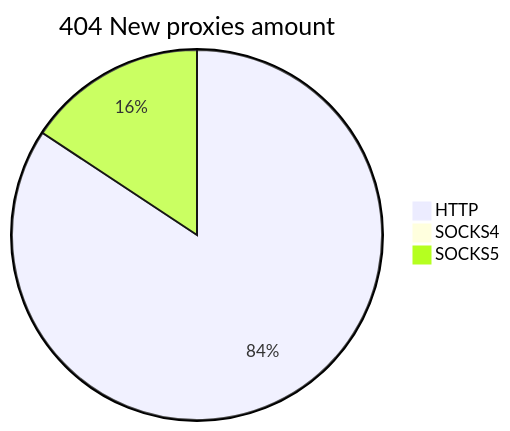
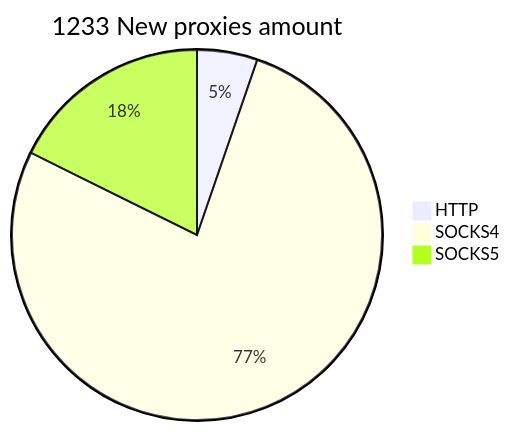
The second of 2 diagrams in README.md (cutipu/proxylist), drawn with Mermaid before and after one commit. The commit also changed other lines of this file, not shown here.

````diff
--- a/README.md
+++ b/README.md
@@ -10,6 +10,6 @@
 ```mermaid
-pie title 404 New proxies amount
-    "HTTP" : 365
-    "SOCKS4" : 0
-    "SOCKS5" : 68
+pie title 1233 New proxies amount
+    "HTTP" : 65
+    "SOCKS4" : 950
+    "SOCKS5" : 218
 ```
````
